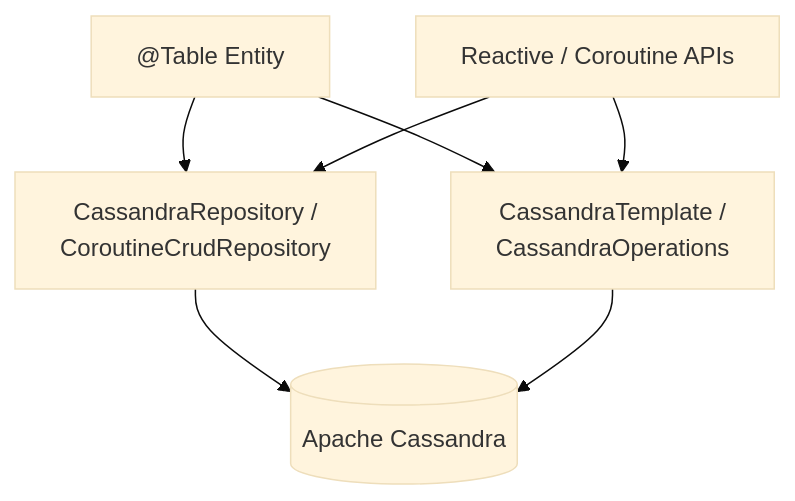
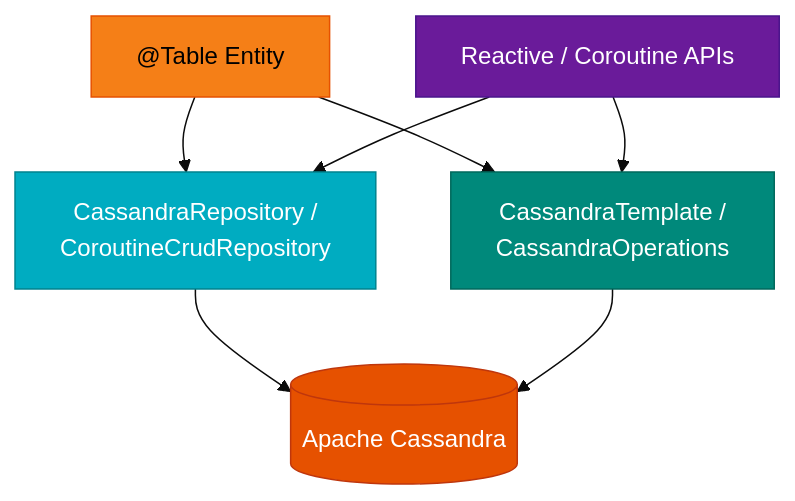
The diagram in spring-boot3/cassandra-demo/README.ko.md (bluetape4k/bluetape4k-projects), drawn with Mermaid (base theme) before and after one commit. The commit also changed 221 other files, not shown here.

First line of the commit message:
docs: 전체 모듈 README UML 다이어그램 보강 및 색상 업그레이드

````diff
--- a/spring-boot3/cassandra-demo/README.ko.md
+++ b/spring-boot3/cassandra-demo/README.ko.md
@@ -9,15 +9,27 @@
 ```mermaid
 flowchart TD
     Entity["@Table Entity"]
     Repo["CassandraRepository /<br/>CoroutineCrudRepository"]
     Template["CassandraTemplate /<br/>CassandraOperations"]
     Reactive["Reactive / Coroutine APIs"]
     Cassandra[("Apache Cassandra")]
 
     Entity --> Repo
     Entity --> Template
     Repo --> Cassandra
     Template --> Cassandra
     Reactive --> Repo
     Reactive --> Template
+
+    classDef entityStyle fill:#F57F17,stroke:#E65100,color:#000000
+    classDef repoStyle fill:#00ACC1,stroke:#00838F,color:#FFFFFF
+    classDef templateStyle fill:#00897B,stroke:#00695C,color:#FFFFFF
+    classDef reactiveStyle fill:#6A1B9A,stroke:#4A148C,color:#FFFFFF
+    classDef dbStyle fill:#E65100,stroke:#BF360C,color:#FFFFFF
+
+    class Entity entityStyle
+    class Repo repoStyle
+    class Template templateStyle
+    class Reactive reactiveStyle
+    class Cassandra dbStyle
 ```
````
